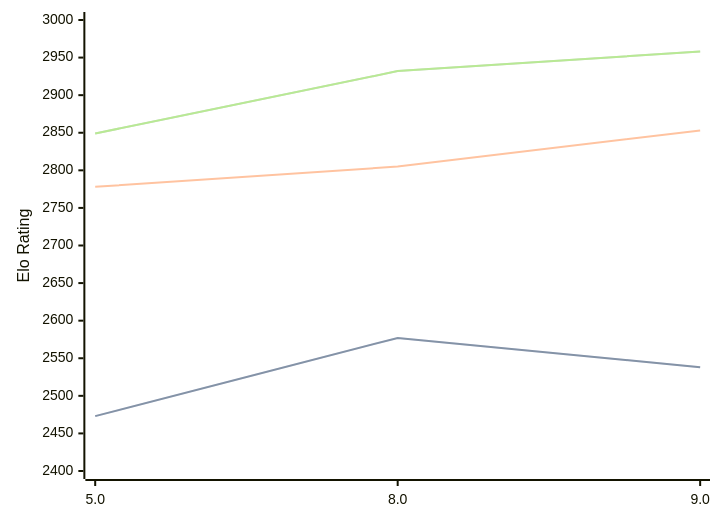
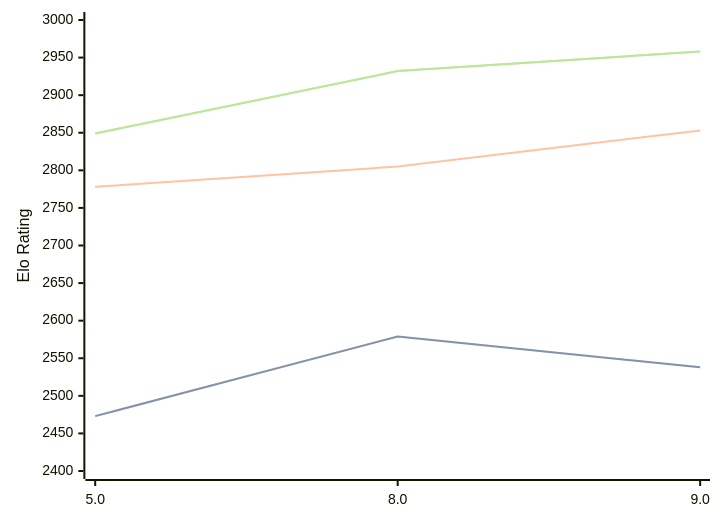
The third of 3 diagrams in engines/4kc.md (computer-chess-index/cci), drawn with Mermaid before and after one commit. The commit also changed other lines of this file, not shown here.

````diff
--- a/engines/4kc.md
+++ b/engines/4kc.md
@@ -75,11 +75,11 @@
 ```mermaid
 %%{init: {"theme":"base","themeVariables":{"seriesColors:['#a3a3a3','#222221','#faa371']}}}%%
 xychart-beta
   x-axis ["5.0", "8.0", "9.0"]
   y-axis "Elo Rating" 2400 --> 3000
-  line "STC (8.0+0.08s)" [2473, 2577, 2538]
-  line "STC (8.0+0.08s)" [2473, 2577, 2538]
+  line "STC (8.0+0.08s)" [2473, 2579, 2538]
+  line "STC (8.0+0.08s)" [2473, 2579, 2538]
   line "LTC (60.0+0.60s)" [2778, 2805, 2853]
   line "VLTC (2m24s+1.12s)" [2849, 2932, 2958]
   line "VLTC (2m24s+1.12s)" [2849, 2932, 2958]
 ```
````
